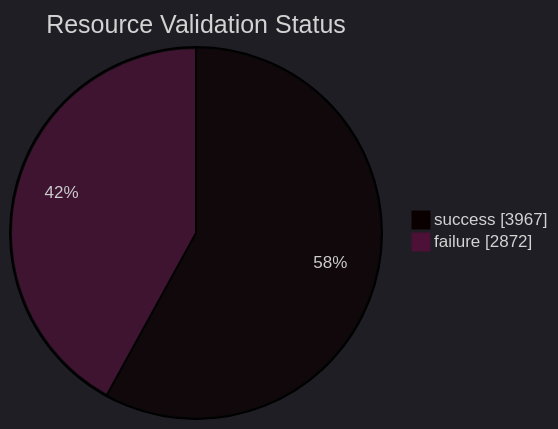
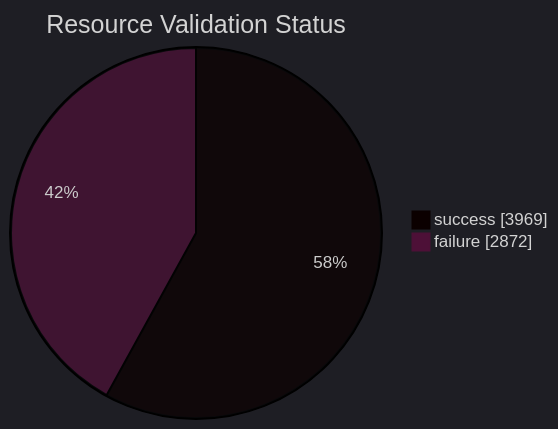
One commit to open-data/analytics-corporate-reporting changed the diagram in datastore_tracker/resource_validation_status_pie_chart.md. Above: the diagram before and after it, drawn with Mermaid. The commit also changed 9 other files, not shown here.

````diff
--- a/datastore_tracker/resource_validation_status_pie_chart.md
+++ b/datastore_tracker/resource_validation_status_pie_chart.md
@@ -2,9 +2,9 @@
 ```mermaid
 ---
 config:
   theme: dark
 ---
 pie showData title Resource Validation Status
-    "success": 3967
+    "success": 3969
     "failure": 2872
 ```
````
